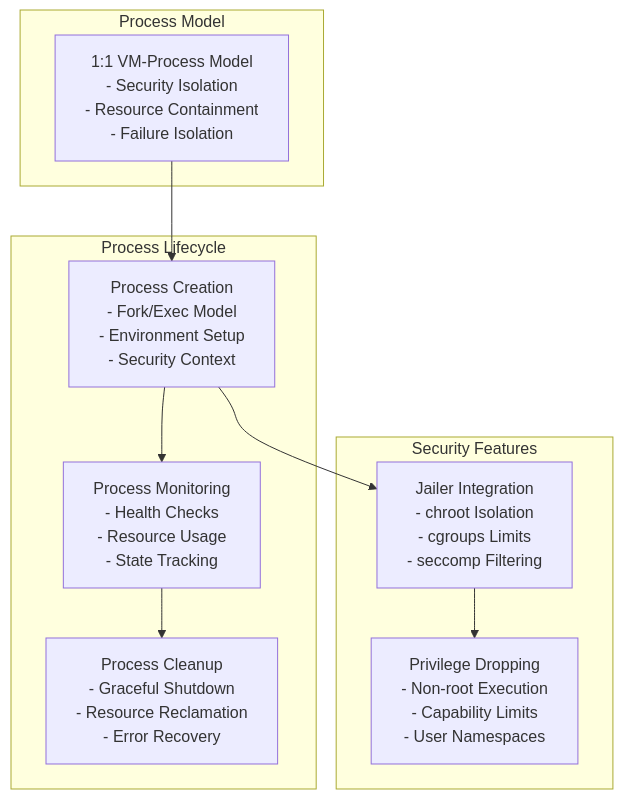
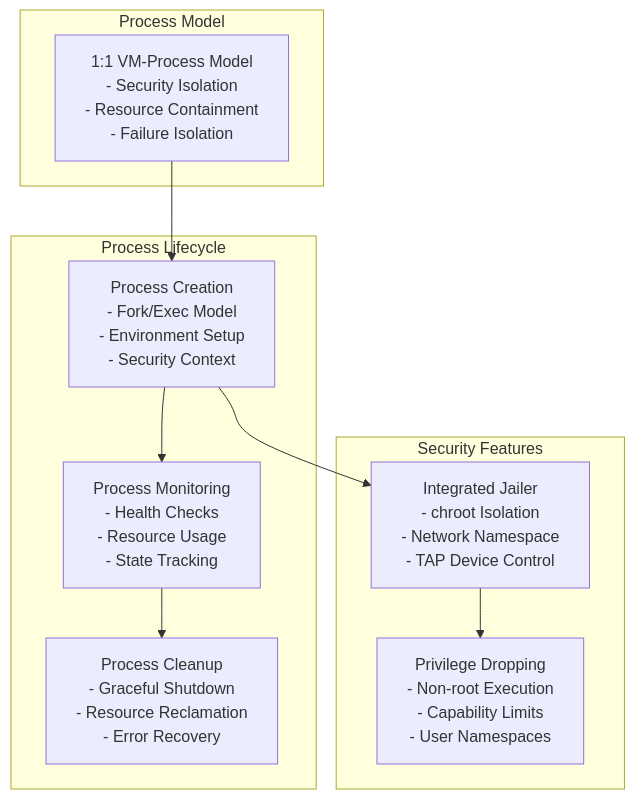
The fifth of 13 diagrams in go/deploy/metald/docs/architecture/components/metald.md (unkeyed/unkey), drawn with Mermaid before and after one commit. The commit also changed other lines of this file and 298 other files, not shown here.

````diff
--- a/go/deploy/metald/docs/architecture/components/metald.md
+++ b/go/deploy/metald/docs/architecture/components/metald.md
@@ -206,24 +206,24 @@
 ```mermaid
 graph TB
     subgraph "Process Model"
         OneToOne[1:1 VM-Process Model<br/>- Security Isolation<br/>- Resource Containment<br/>- Failure Isolation]
     end
     
     subgraph "Process Lifecycle"
         Create[Process Creation<br/>- Fork/Exec Model<br/>- Environment Setup<br/>- Security Context]
         Monitor[Process Monitoring<br/>- Health Checks<br/>- Resource Usage<br/>- State Tracking]
         Cleanup[Process Cleanup<br/>- Graceful Shutdown<br/>- Resource Reclamation<br/>- Error Recovery]
     end
     
     subgraph "Security Features"
-        Jailer[Jailer Integration<br/>- chroot Isolation<br/>- cgroups Limits<br/>- seccomp Filtering]
+        Jailer[Integrated Jailer<br/>- chroot Isolation<br/>- Network Namespace<br/>- TAP Device Control]
         Privileges[Privilege Dropping<br/>- Non-root Execution<br/>- Capability Limits<br/>- User Namespaces]
     end
     
     OneToOne --> Create
     Create --> Monitor
     Monitor --> Cleanup
     
     Create --> Jailer
     Jailer --> Privileges
 ```
````
